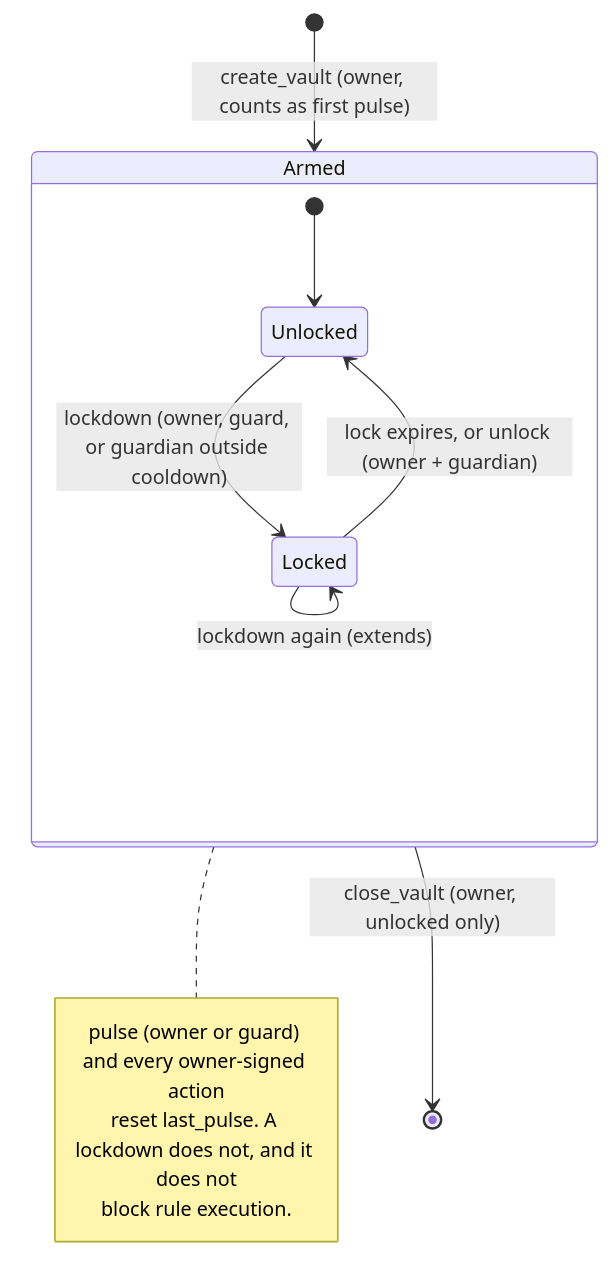
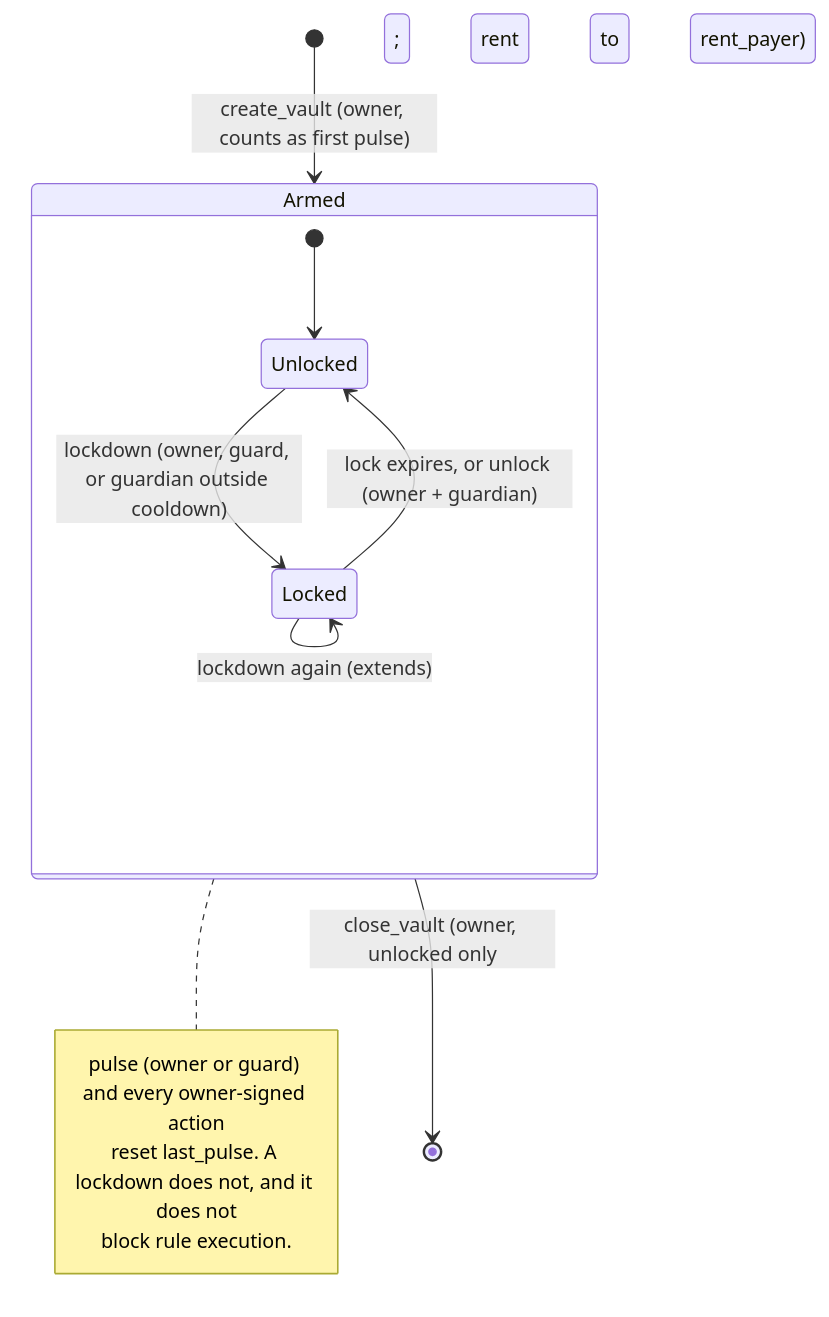
One commit to GabrielNeugebauer/deadman changed the first of 2 diagrams in README.md. Above: the diagram before and after it, drawn with Mermaid. The commit also changed other lines of this file and 57 other files, not shown here.

````diff
--- a/README.md
+++ b/README.md
@@ -36,16 +39,16 @@
 ```mermaid
 stateDiagram-v2
     [*] --> Armed: create_vault (owner, counts as first pulse)
     state Armed {
         [*] --> Unlocked
         Unlocked --> Locked: lockdown (owner, guard, or guardian outside cooldown)
         Locked --> Locked: lockdown again (extends)
         Locked --> Unlocked: lock expires, or unlock (owner + guardian)
     }
     note right of Armed
         pulse (owner or guard) and every owner-signed action
         reset last_pulse. A lockdown does not, and it does not
         block rule execution.
     end note
-    Armed --> [*]: close_vault (owner, unlocked only)
+    Armed --> [*]: close_vault (owner, unlocked only; rent to rent_payer)
 ```
````
